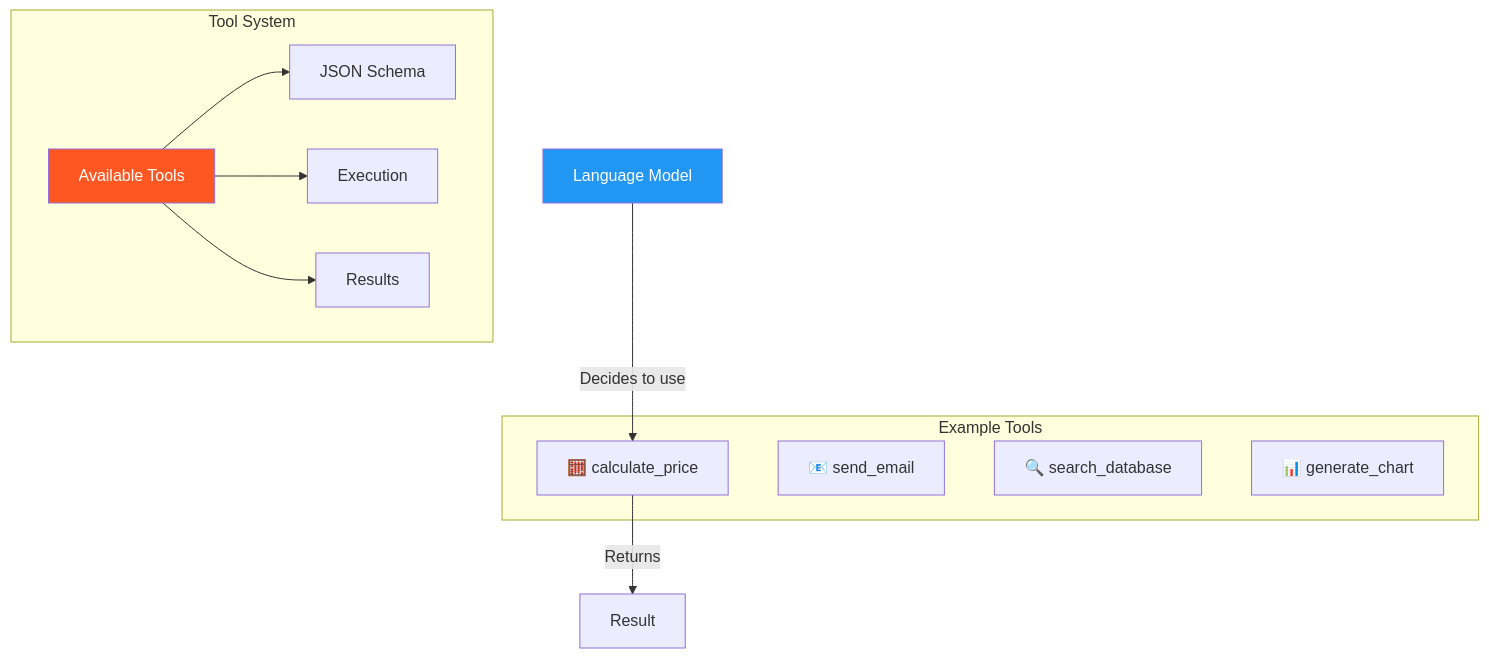
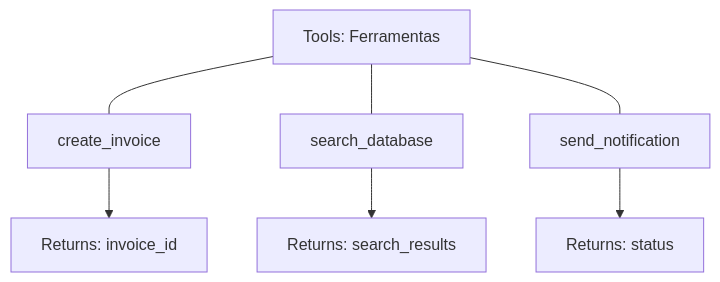
Diagram 11 of 19 in AI/Comunicação/MCP/00-mcp-presentation-zero to hero.md (felipepimentel/my-public-notes), drawn with Mermaid before and after one commit. The commit also changed other lines of this file, not shown here.

````diff
--- a/AI/Comunicação/MCP/00-mcp-presentation-zero to hero.md
+++ b/AI/Comunicação/MCP/00-mcp-presentation-zero to hero.md
@@ -394,21 +254,10 @@
 ```mermaid
 graph TD
-    subgraph "Tool System"
-        T[Available Tools] --> SCHEMA[JSON Schema]
-        T --> EXEC[Execution]
-        T --> RESULT[Results]
-    end
+    T[Tools: Ferramentas] --- T1[create_invoice]
+    T --- T2[search_database]
+    T --- T3[send_notification]
     
-    subgraph "Example Tools"
-        T1[🧮 calculate_price]
-        T2[📧 send_email]
-        T3[🔍 search_database]
-        T4[📊 generate_chart]
-    end
-    
-    LLM[Language Model] -->|Decides to use| T1
-    T1 -->|Returns| R[Result]
-    
-    style T fill:#FF5722,color:#fff
-    style LLM fill:#2196F3,color:#fff
+    T1 --> R1[Returns: invoice_id]
+    T2 --> R2[Returns: search_results]
+    T3 --> R3[Returns: status]
 ```
````
